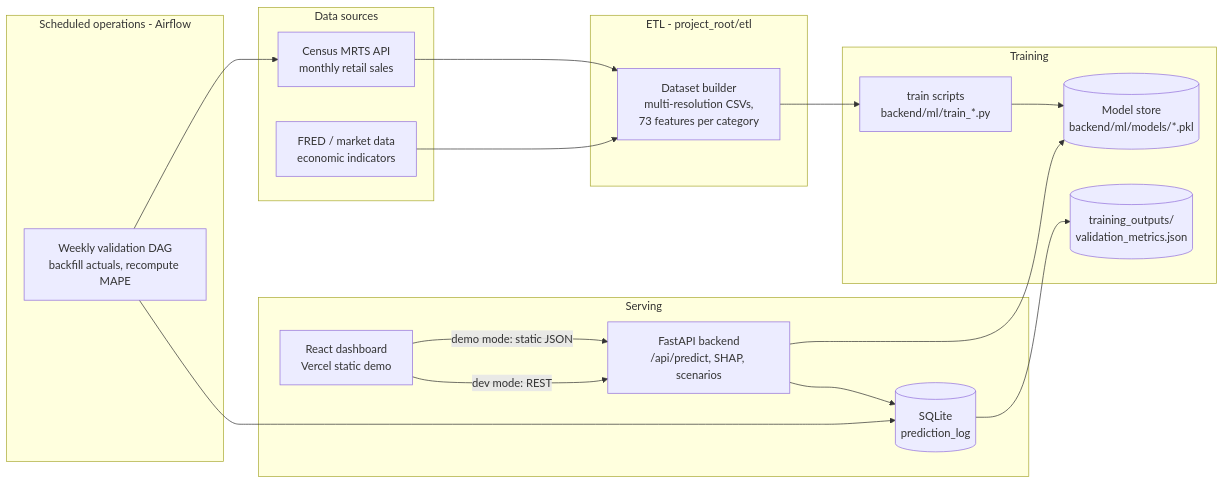
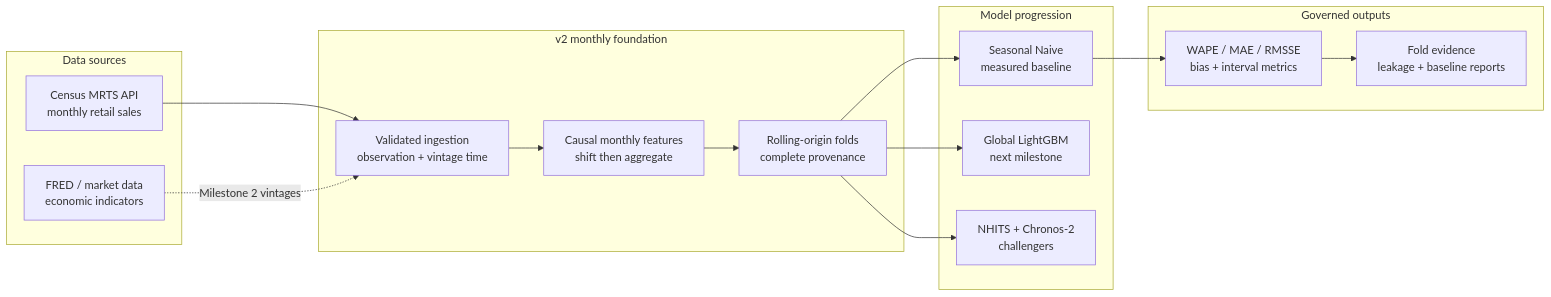
Before and after one commit to oleeveeuh/retailPRED: the diagram in README.md, drawn with Mermaid. The commit also changed other lines of this file and 12 other files, not shown here.

Commit message:
feat: complete monthly foundation integration

````diff
--- a/README.md
+++ b/README.md
@@ -27,38 +32,32 @@
 ```mermaid
 flowchart LR
     subgraph data [Data sources]
         MRTS[Census MRTS API<br/>monthly retail sales]
         FRED[FRED / market data<br/>economic indicators]
     end
 
-    subgraph etl [ETL - project_root/etl]
-        BUILD[Dataset builder<br/>multi-resolution CSVs,<br/>73 features per category]
+    subgraph foundation [v2 monthly foundation]
+        INGEST[Validated ingestion<br/>observation + vintage time]
+        FEATURES[Causal monthly features<br/>shift then aggregate]
+        BACKTEST[Rolling-origin folds<br/>complete provenance]
     end
 
-    subgraph train [Training]
-        TRAIN[train scripts<br/>backend/ml/train_*.py]
-        MODELS[(Model store<br/>backend/ml/models/*.pkl)]
-        METRICS[(training_outputs/<br/>validation_metrics.json)]
+    subgraph models [Model progression]
+        SNAIVE[Seasonal Naive<br/>measured baseline]
+        LGBM[Global LightGBM<br/>next milestone]
+        MODERN[NHITS + Chronos-2<br/>challengers]
     end
 
-    subgraph serve [Serving]
-        API[FastAPI backend<br/>/api/predict, SHAP, scenarios]
-        DB[(SQLite<br/>prediction_log)]
-        UI[React dashboard<br/>Vercel static demo]
+    subgraph evidence [Governed outputs]
+        METRICS[WAPE / MAE / RMSSE<br/>bias + interval metrics]
+        REPORTS[Fold evidence<br/>leakage + baseline reports]
     end
 
-    subgraph ops [Scheduled operations - Airflow]
-        DAG[Weekly validation DAG<br/>backfill actuals, recompute MAPE]
-    end
-
-    MRTS --> BUILD
-    FRED --> BUILD
-    BUILD --> TRAIN --> MODELS
-    API --> MODELS
-    API --> DB
-    DAG --> MRTS
-    DAG --> DB
-    DB --> METRICS
-    UI -->|demo mode: static JSON| API
-    UI -->|dev mode: REST| API
+    MRTS --> INGEST
+    FRED -. Milestone 2 vintages .-> INGEST
+    INGEST --> FEATURES --> BACKTEST
+    BACKTEST --> SNAIVE --> METRICS
+    BACKTEST --> LGBM
+    BACKTEST --> MODERN
+    METRICS --> REPORTS
 ```
````
